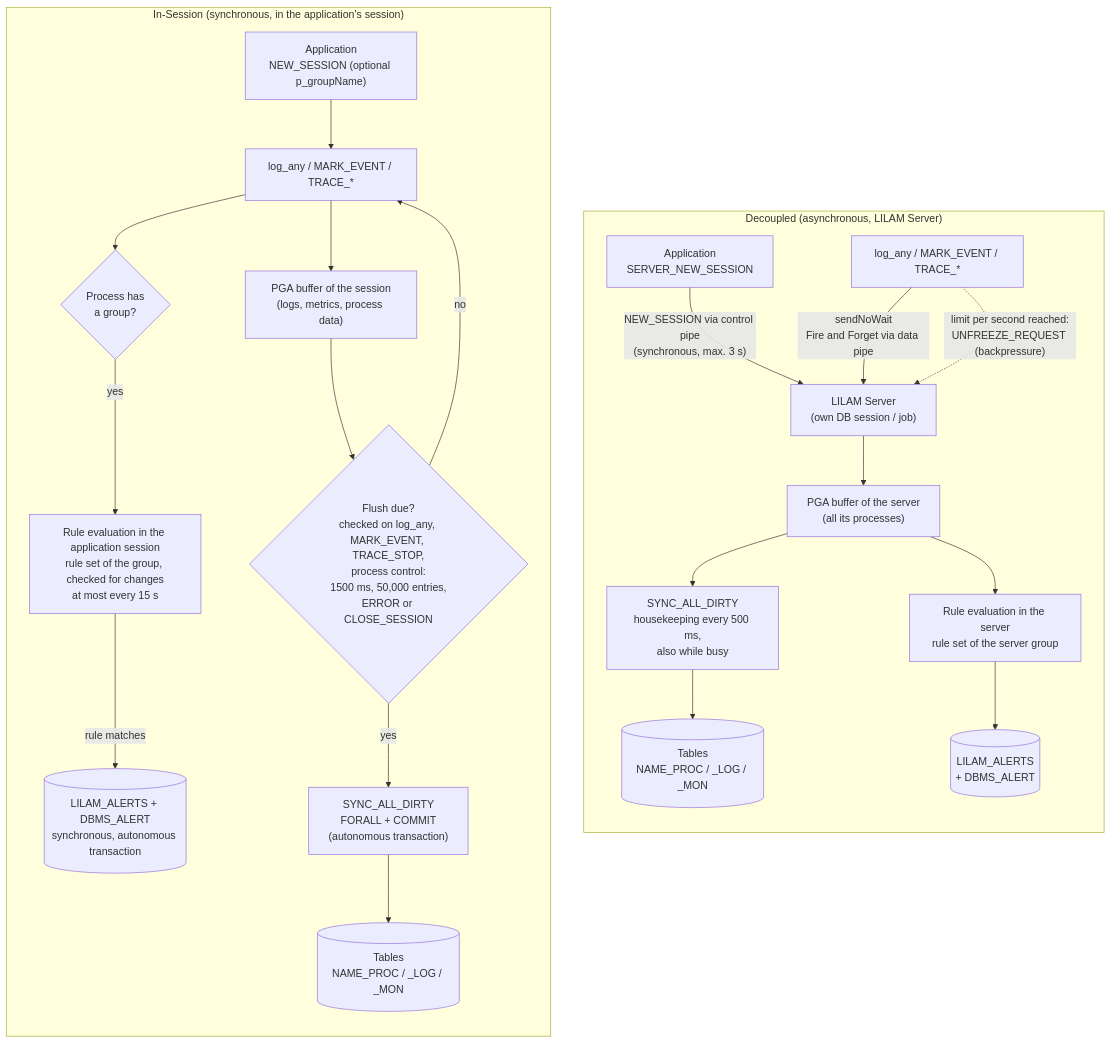
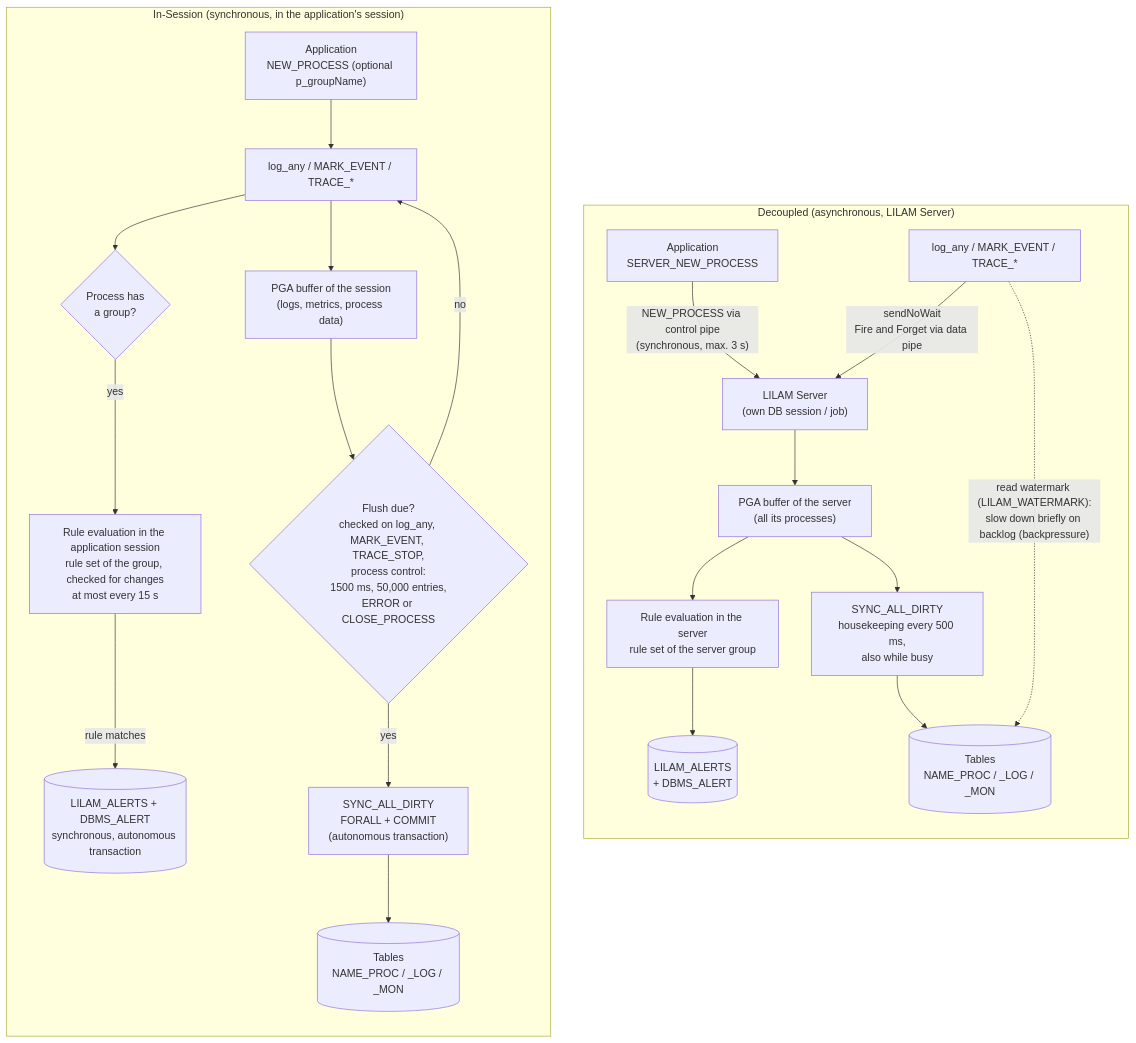
The first of 4 diagrams in docs/architecture and concepts.md (dirkgermany/LILAM), drawn with Mermaid before and after one commit. The commit also changed other lines of this file and 9 other files, not shown here.

````diff
--- a/docs/architecture and concepts.md
+++ b/docs/architecture and concepts.md
@@ -356,29 +382,29 @@
 ```mermaid
 flowchart LR
     subgraph INS ["In-Session (synchronous, in the application's session)"]
         direction TB
-        A1["Application<br/>NEW_SESSION (optional p_groupName)"] --> B1["log_any / MARK_EVENT / TRACE_*"]
+        A1["Application<br/>NEW_PROCESS (optional p_groupName)"] --> B1["log_any / MARK_EVENT / TRACE_*"]
         B1 --> C1["PGA buffer of the session<br/>(logs, metrics, process data)"]
         B1 --> G1{"Process has<br/>a group?"}
         G1 -- yes --> R1["Rule evaluation in the application session<br/>rule set of the group, checked for changes<br/>at most every 15 s"]
         R1 -- "rule matches" --> AL1[("LILAM_ALERTS + DBMS_ALERT<br/>synchronous, autonomous transaction")]
-        C1 --> D1{"Flush due?<br/>checked on log_any, MARK_EVENT, TRACE_STOP,<br/>process control:<br/>1500 ms, 50,000 entries,<br/>ERROR or CLOSE_SESSION"}
+        C1 --> D1{"Flush due?<br/>checked on log_any, MARK_EVENT, TRACE_STOP,<br/>process control:<br/>1500 ms, 50,000 entries,<br/>ERROR or CLOSE_PROCESS"}
         D1 -- yes --> E1["SYNC_ALL_DIRTY<br/>FORALL + COMMIT<br/>(autonomous transaction)"]
         D1 -- no --> B1
         E1 --> T1[("Tables<br/>NAME_PROC / _LOG / _MON")]
     end
 
     subgraph DEC ["Decoupled (asynchronous, LILAM Server)"]
         direction TB
-        A2["Application<br/>SERVER_NEW_SESSION"] -- "NEW_SESSION via control pipe<br/>(synchronous, max. 3 s)" --> S2
+        A2["Application<br/>SERVER_NEW_PROCESS"] -- "NEW_PROCESS via control pipe<br/>(synchronous, max. 3 s)" --> S2
         B2["log_any / MARK_EVENT / TRACE_*"] -- "sendNoWait<br/>Fire and Forget via data pipe" --> S2["LILAM Server<br/>(own DB session / job)"]
-        B2 -. "limit per second reached:<br/>UNFREEZE_REQUEST (backpressure)" .-> S2
+        B2 -. "read watermark (LILAM_WATERMARK):<br/>slow down briefly on backlog (backpressure)" .-> T2
         S2 --> C2["PGA buffer of the server<br/>(all its processes)"]
         C2 --> R2["Rule evaluation in the server<br/>rule set of the server group"]
         C2 --> E2["SYNC_ALL_DIRTY<br/>housekeeping every 500 ms,<br/>also while busy"]
         E2 --> T2[("Tables<br/>NAME_PROC / _LOG / _MON")]
         R2 --> AL[("LILAM_ALERTS<br/>+ DBMS_ALERT")]
     end
 
     INS ~~~ DEC
 ```
````
